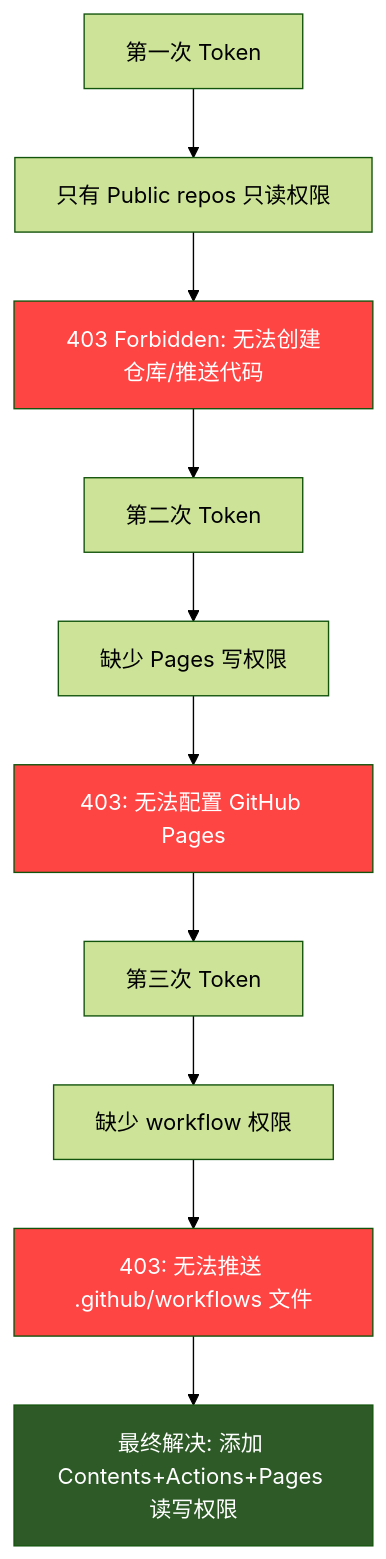
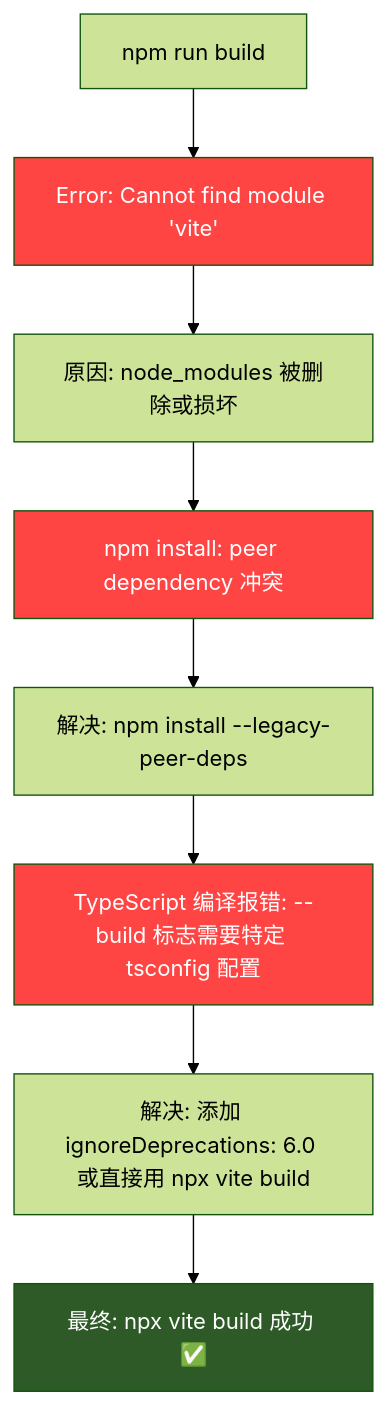
Diagram 11 of 20 in PROJECT_GUIDE.md (Easter127/trae), drawn with Mermaid (forest theme) before and after one commit. The commit also changed other lines of this file, not shown here.

Commit message:
Update PROJECT_GUIDE: add all 12 pitfalls with real error messages and mermaid diagrams

````diff
--- a/PROJECT_GUIDE.md
+++ b/PROJECT_GUIDE.md
@@ -400,17 +550,15 @@
 ```mermaid
 graph TD
-    A[第一次 Token] --> B[只有 Public repos 只读权限]
-    B --> C[403 Forbidden: 无法创建仓库/推送代码]
-    C --> D[第二次 Token]
-    D --> E[缺少 Pages 写权限]
-    E --> F[403: 无法配置 GitHub Pages]
-    F --> G[第三次 Token]
-    G --> H[缺少 workflow 权限]
-    H --> I[403: 无法推送 .github/workflows 文件]
-    I --> J[最终解决: 添加 Contents+Actions+Pages 读写权限]
+    A["npm run build"] --> B["Error: Cannot find module 'vite'"]
+    B --> C["原因: node_modules 被删除或损坏"]
+    C --> D["npm install: peer dependency 冲突"]
+    D --> E["解决: npm install --legacy-peer-deps"]
+    E --> F["TypeScript 编译报错: --build 标志需要特定 tsconfig 配置"]
+    F --> G["解决: 添加 ignoreDeprecations: 6.0 或直接用 npx vite build"]
+    G --> H["最终: npx vite build 成功 ✅"]
     
-    style C fill:#ff4444,color:#fff
+    style B fill:#ff4444,color:#fff
+    style D fill:#ff4444,color:#fff
     style F fill:#ff4444,color:#fff
-    style I fill:#ff4444,color:#fff
-    style J fill:#2d5a27,color:#fff
+    style H fill:#2d5a27,color:#fff
 ```
````
